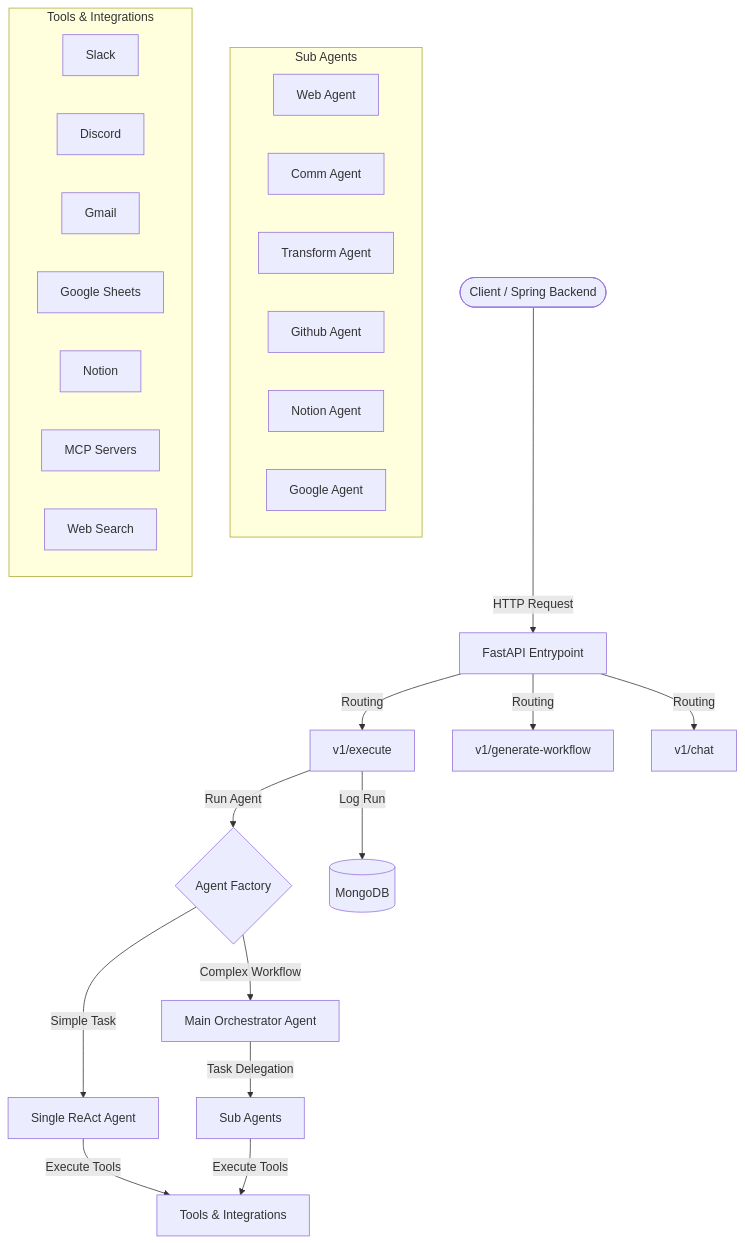
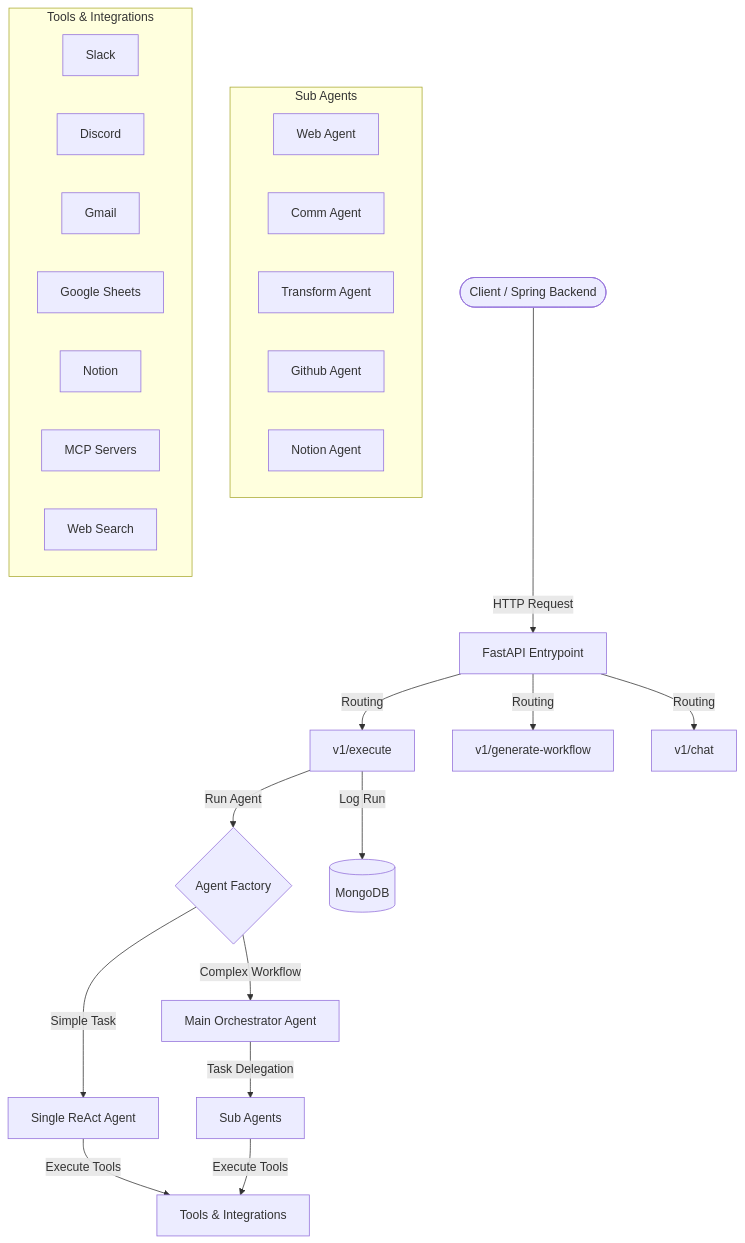
One commit to team-ieum/ieum-agent changed the first of 3 diagrams in README.md. Above: the diagram before and after it, drawn with Mermaid. The commit also changed other lines of this file and 3 other files, not shown here.

````diff
--- a/README.md
+++ b/README.md
@@ -22,36 +22,35 @@
 ```mermaid
 graph TD
     User([Client / Spring Backend]) -->|HTTP Request| API[FastAPI Entrypoint]
     API -->|Routing| Execute[v1/execute]
     API -->|Routing| Generate[v1/generate-workflow]
     API -->|Routing| Chat[v1/chat]
 
     Execute -->|Run Agent| Factory{Agent Factory}
     Factory -->|Simple Task| Single[Single ReAct Agent]
     Factory -->|Complex Workflow| Main[Main Orchestrator Agent]
 
     Main -->|Task Delegation| SubAgents[Sub Agents]
     subgraph Sub Agents
         Web[Web Agent]
         Comm[Comm Agent]
         Trans[Transform Agent]
         Github[Github Agent]
         Notion[Notion Agent]
-        Google[Google Agent]
     end
 
     Single -->|Execute Tools| Tools[Tools & Integrations]
     SubAgents -->|Execute Tools| Tools
 
     subgraph Tools & Integrations
         Slack[Slack]
         Discord[Discord]
         Gmail[Gmail]
         GoogleSheets[Google Sheets]
         NotionAPI[Notion]
         MCP[MCP Servers]
         Search[Web Search]
     end
 
     Execute -->|Log Run| MongoDB[(MongoDB)]
 ```
````
